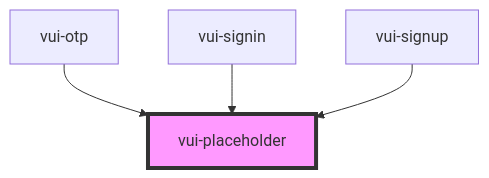
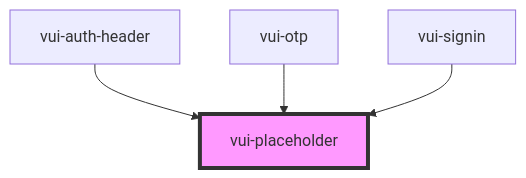
The diagram in packages/stencil-library/src/components/placeholder/readme.md (verite-team/verite-elements), drawn with Mermaid before and after one commit. The commit also changed other lines of this file and 28 other files, not shown here.

````diff
--- a/packages/stencil-library/src/components/placeholder/readme.md
+++ b/packages/stencil-library/src/components/placeholder/readme.md
@@ -34,7 +34,7 @@
 ```mermaid
 graph TD;
+  vui-auth-header --> vui-placeholder
   vui-otp --> vui-placeholder
   vui-signin --> vui-placeholder
-  vui-signup --> vui-placeholder
   style vui-placeholder fill:#f9f,stroke:#333,stroke-width:4px
 ```
````
